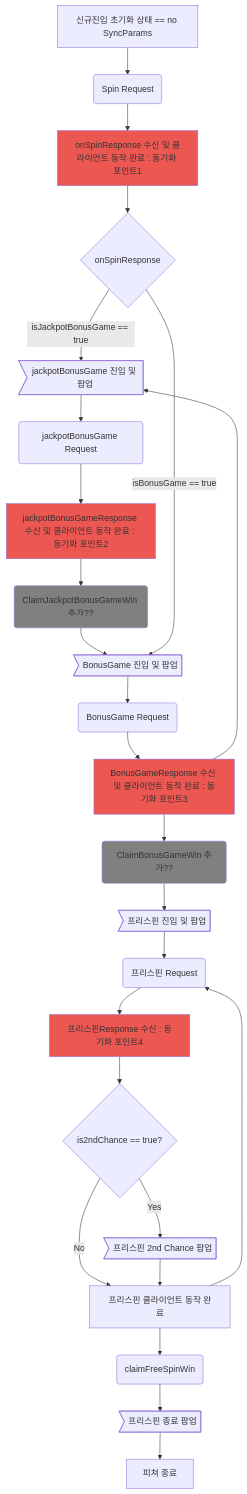
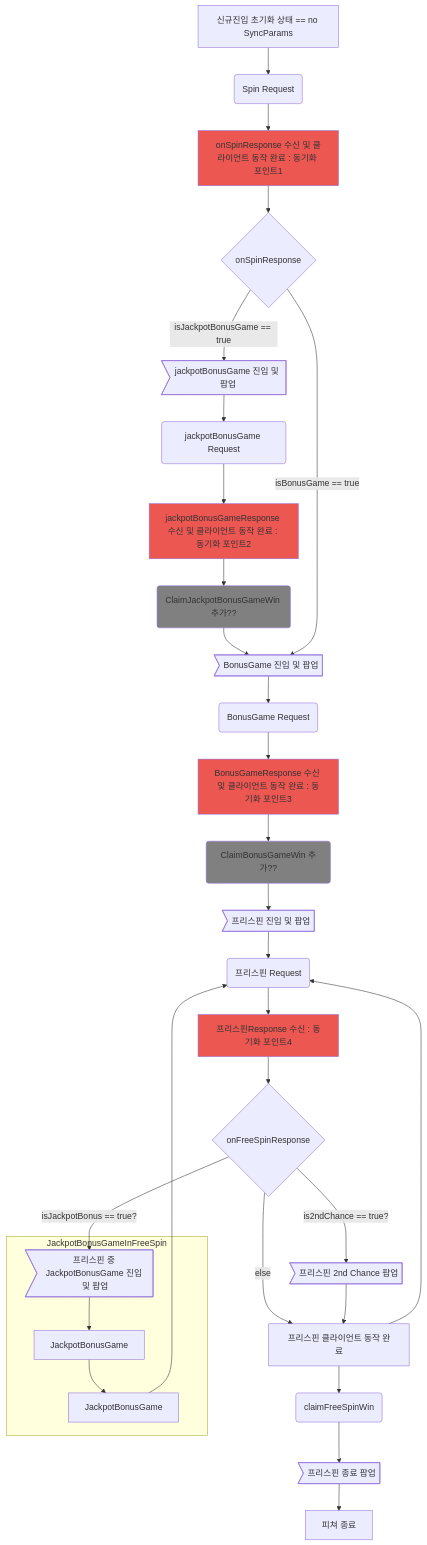
The third of 3 diagrams in source/forms/slots/jackpotQueens/index.html.md (AlanSynn/slate), drawn with Mermaid before and after one commit. The commit also changed other lines of this file, not shown here.

Commit message:
Update JQ flowchart

```diff
--- a/source/forms/slots/jackpotQueens/index.html.md
+++ b/source/forms/slots/jackpotQueens/index.html.md
@@ -346,37 +258,42 @@
 <div class="mermaid">
 graph TD
     S[신규진입 초기화 상태 == no SyncParams] -->F1(Spin Request)
     F1 --> R[onSpinResponse 수신 및 클라이언트 동작 완료 : 동기화 포인트1]
     R --> B{onSpinResponse}
     B -->|isJackpotBonusGame == true| F3>jackpotBonusGame 진입 및 팝업]
     F3 --> F3-1(jackpotBonusGame Request)
     F3-1 --> F3-2[jackpotBonusGameResponse 수신 및 클라이언트 동작 완료 : 동기화 포인트2]
     F3-2 --> Q(ClaimJackpotBonusGameWin 추가??)
     Q --> F2
     B -->|isBonusGame == true| F2>BonusGame 진입 및 팝업]
     F2 --> F2-1(BonusGame Request)
     F2-1 --> F2-2[BonusGameResponse 수신 및 클라이언트 동작 완료 : 동기화 포인트3]
-    F2-2 --> F3
     F2-2 --> Q2(ClaimBonusGameWin 추가??)
     Q2 --> F4>프리스핀 진입 및 팝업]
     F4 --> F4-R(프리스핀 Request)
     F4-R --> F4-1[프리스핀Response 수신 : 동기화 포인트4]
-    F4-1 --> F4-Q{is2ndChance == true?}
-    F4-Q --> |Yes| F4-2>프리스핀 2nd Chance 팝업]
-    F4-Q --> |No| F4-3
+    F4-1 --> F4-Q{onFreeSpinResponse}
+    F5-3 --> F4-R
+    F4-Q --> |is2ndChance == true?| F4-2>프리스핀 2nd Chance 팝업]
+    F4-Q --> |else| F4-3
+    F4-Q --> |isJackpotBonus == true?| F5-1>프리스핀 중 JackpotBonusGame 진입 및 팝업]
+    subgraph JackpotBonusGameInFreeSpin
+    F5-1 --> F5-2[JackpotBonusGame]
+    F5-2 --> F5-3[JackpotBonusGame]
+    end
     F4-2 --> F4-3[프리스핀 클라이언트 동작 완료]
     F4-3 --> F4-R
     F4-3 --> F4-Q2(claimFreeSpinWin)
     F4-Q2 --> F4-4>프리스핀 종료 팝업]
     F4-4 --> E[피쳐 종료]
     style R fill:#ED5752
     style F2-2 fill:#ED5752
     style F3-2 fill:#ED5752
     style F4-1 fill:#ED5752
     style Q fill:#808080
     style Q2 fill:#808080
     click R "#sync-point-1" "동기화 포인트1"
     click F2-2 "#sync-point-3" "동기화 포인트3"
     click F3-2 "#sync-point-2" "동기화 포인트2"
     click F4-1 "#sync-point-4" "동기화 포인트4"
 </div>
```
